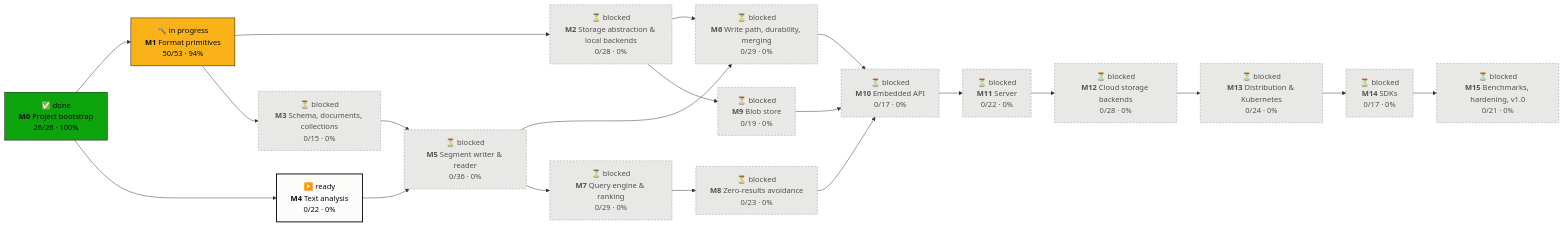
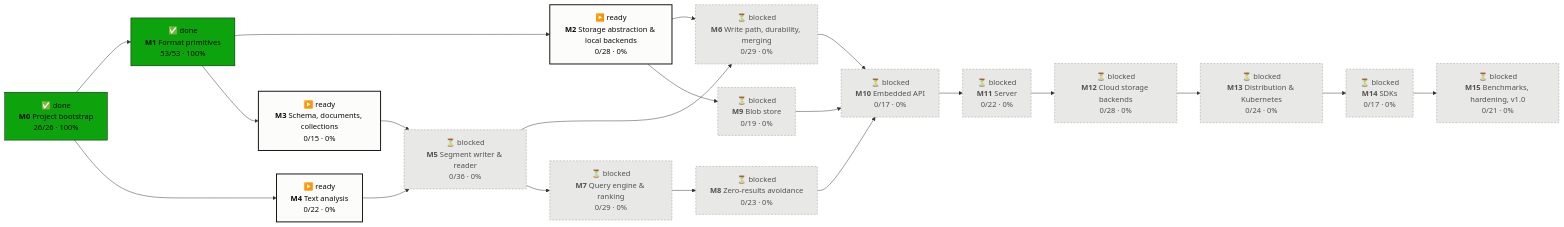
The first of 2 diagrams in PROGRESS.md (tomiok/persiaDB), drawn with Mermaid before and after one commit. The commit also changed other lines of this file and 5 other files, not shown here.

First line of the commit message:
fix(ci): address review of 1.11; tick ROADMAP 1.11

````diff
--- a/PROGRESS.md
+++ b/PROGRESS.md
@@ -14,42 +14,42 @@
 ```mermaid
 flowchart LR
   M0["✅ done<br/><b>M0</b> Project bootstrap<br/>26/26 · 100%"]:::done
-  M1["🔨 in progress<br/><b>M1</b> Format primitives<br/>50/53 · 94%"]:::doing
-  M2["⏳ blocked<br/><b>M2</b> Storage abstraction & local backends<br/>0/28 · 0%"]:::blocked
-  M3["⏳ blocked<br/><b>M3</b> Schema, documents, collections<br/>0/15 · 0%"]:::blocked
+  M1["✅ done<br/><b>M1</b> Format primitives<br/>53/53 · 100%"]:::done
+  M2["▶️ ready<br/><b>M2</b> Storage abstraction & local backends<br/>0/28 · 0%"]:::ready
+  M3["▶️ ready<br/><b>M3</b> Schema, documents, collections<br/>0/15 · 0%"]:::ready
   M4["▶️ ready<br/><b>M4</b> Text analysis<br/>0/22 · 0%"]:::ready
   M5["⏳ blocked<br/><b>M5</b> Segment writer & reader<br/>0/36 · 0%"]:::blocked
   M6["⏳ blocked<br/><b>M6</b> Write path, durability, merging<br/>0/29 · 0%"]:::blocked
   M7["⏳ blocked<br/><b>M7</b> Query engine & ranking<br/>0/29 · 0%"]:::blocked
   M8["⏳ blocked<br/><b>M8</b> Zero-results avoidance<br/>0/23 · 0%"]:::blocked
   M9["⏳ blocked<br/><b>M9</b> Blob store<br/>0/19 · 0%"]:::blocked
   M10["⏳ blocked<br/><b>M10</b> Embedded API<br/>0/17 · 0%"]:::blocked
   M11["⏳ blocked<br/><b>M11</b> Server<br/>0/22 · 0%"]:::blocked
   M12["⏳ blocked<br/><b>M12</b> Cloud storage backends<br/>0/28 · 0%"]:::blocked
   M13["⏳ blocked<br/><b>M13</b> Distribution & Kubernetes<br/>0/24 · 0%"]:::blocked
   M14["⏳ blocked<br/><b>M14</b> SDKs<br/>0/17 · 0%"]:::blocked
   M15["⏳ blocked<br/><b>M15</b> Benchmarks, hardening, v1.0<br/>0/21 · 0%"]:::blocked
   M0 --> M1
   M1 --> M2
   M1 --> M3
   M0 --> M4
   M3 --> M5
   M4 --> M5
   M2 --> M6
   M5 --> M6
   M5 --> M7
   M7 --> M8
   M2 --> M9
   M6 --> M10
   M8 --> M10
   M9 --> M10
   M10 --> M11
   M11 --> M12
   M12 --> M13
   M13 --> M14
   M14 --> M15
   classDef done fill:#0ca30c,stroke:#0b0b0b,color:#0b0b0b
   classDef doing fill:#fab219,stroke:#0b0b0b,color:#0b0b0b
   classDef ready fill:#fcfcfb,stroke:#0b0b0b,stroke-width:2px,color:#0b0b0b
   classDef blocked fill:#e8e8e6,stroke:#9a9a96,stroke-dasharray:4 3,color:#52514e
 ```
````
